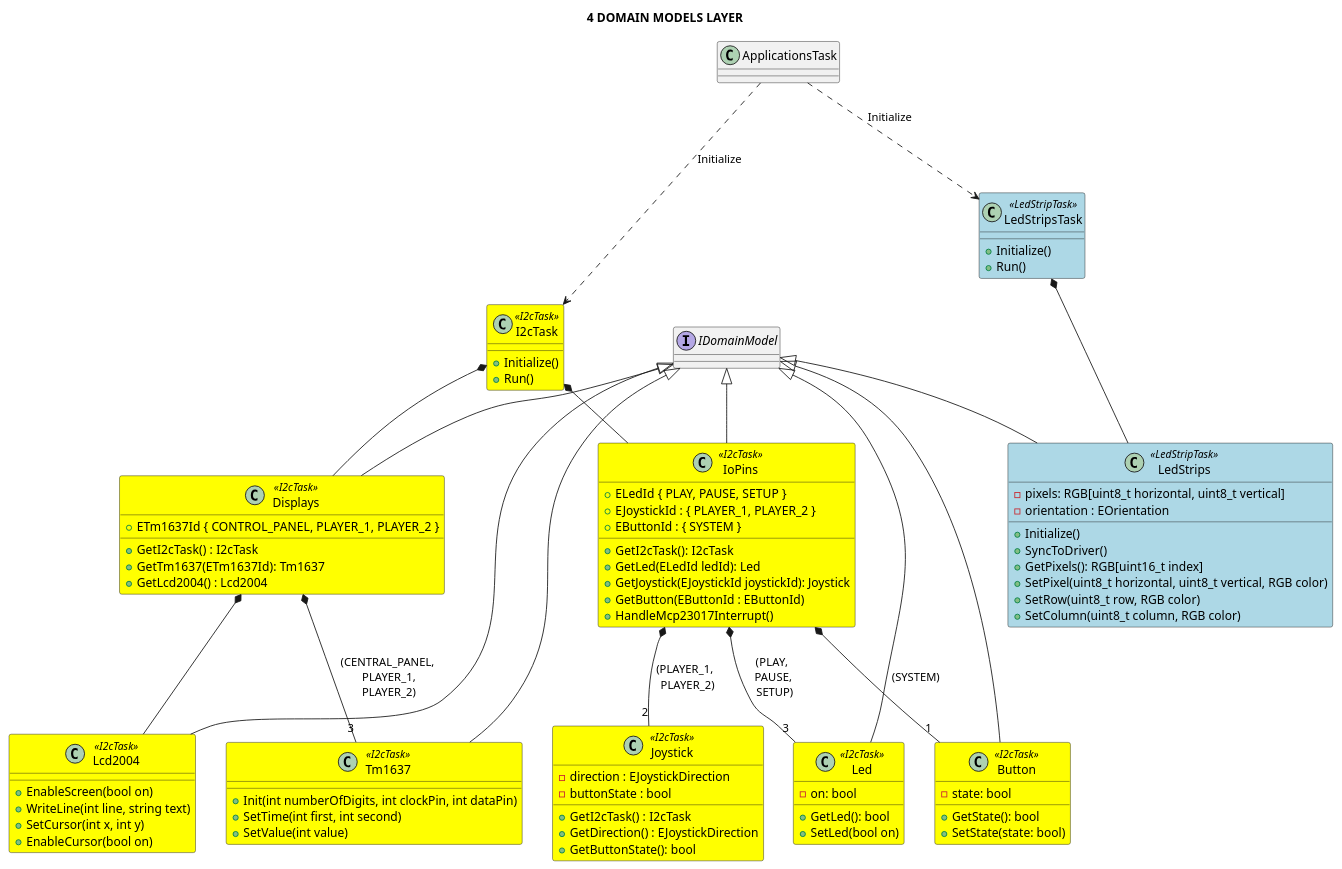
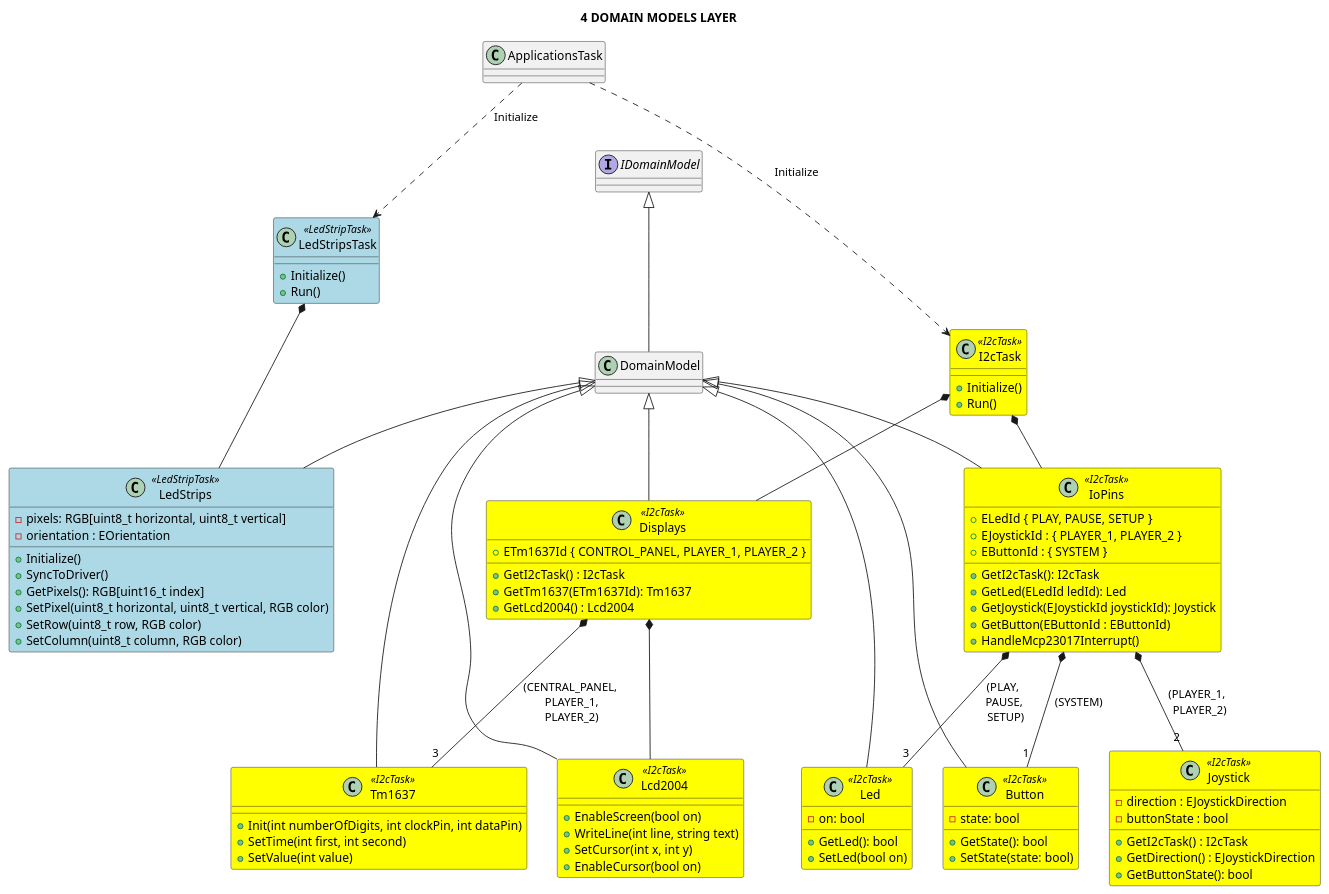
One commit to michelkeijzers/fraxis changed the diagram in Docs/Software Design/Layers/L4_domain_models_layer.puml. Above: the diagram before and after it, drawn with PlantUML. The commit also changed 15 other files, not shown here.

```diff
--- a/Docs/Software Design/Layers/L4_domain_models_layer.puml
+++ b/Docs/Software Design/Layers/L4_domain_models_layer.puml
@@ -1,121 +1,127 @@
 @startuml
 
 title 4 DOMAIN MODELS LAYER
 
 skinparam packageStyle rectangle
 skinparam lineThickness 2
 
 class I2cTask <<I2cTask>> #yellow
 {
     + Initialize()
     + Run()
 }
 
 I2cTask *-- IoPins
 ApplicationsTask ...> I2cTask : Initialize
 
 interface IDomainModel 
 {
 }
 
+class DomainModel 
+{
+}
+
+DomainModel -u-|> IDomainModel
+
 class IoPins <<I2cTask>> #yellow
 {
     + GetI2cTask(): I2cTask
     + ELedId { PLAY, PAUSE, SETUP }
     + EJoystickId : { PLAYER_1, PLAYER_2 }
     + EButtonId : { SYSTEM }
     + GetLed(ELedId ledId): Led
     + GetJoystick(EJoystickId joystickId): Joystick
     + GetButton(EButtonId : EButtonId)
     + HandleMcp23017Interrupt()
 }
 
-IoPins -u-|> IDomainModel
+IoPins -u-|> DomainModel
 
 class Joystick  <<I2cTask>> #yellow
 {
     - direction : EJoystickDirection
     - buttonState : bool
     + GetI2cTask() : I2cTask
     + GetDirection() : EJoystickDirection
     + GetButtonState(): bool
 }
 
 IoPins *-- "2" Joystick : (PLAYER_1, \n PLAYER_2)
 
 class Button <<I2cTask>> #yellow
 {
     - state: bool 
     + GetState(): bool 
     + SetState(state: bool) 
 }
 
-Button -u-|> IDomainModel
+Button -u-|> DomainModel
 IoPins *-- "1" Button : (SYSTEM)
 
 class Displays <<I2cTask>> #yellow
 {
     + GetI2cTask() : I2cTask
     + ETm1637Id { CONTROL_PANEL, PLAYER_1, PLAYER_2 }
     + GetTm1637(ETm1637Id): Tm1637
     + GetLcd2004() : Lcd2004
 }
 
-Displays -u-|> IDomainModel
+Displays -u-|> DomainModel
 I2cTask *-- Displays
 
 class Led <<I2cTask>> #yellow
 {
     - on: bool
     + GetLed(): bool
     + SetLed(bool on)
 }
 
-Led -u-|> IDomainModel
+Led -u-|> DomainModel
 IoPins *-- "3" Led : (PLAY, \n PAUSE, \n SETUP)
 
 class Lcd2004 <<I2cTask>> #yellow
 {
     + EnableScreen(bool on)
     + WriteLine(int line, string text)
     + SetCursor(int x, int y)
     + EnableCursor(bool on)
 }
 
-Lcd2004 -u-|> IDomainModel
+Lcd2004 -u-|> DomainModel
 Displays *-- Lcd2004
 
 class Tm1637 <<I2cTask>> #yellow
 {
     + Init(int numberOfDigits, int clockPin, int dataPin)
     + SetTime(int first, int second) 
     + SetValue(int value)
 }
 
-Tm1637 -u-|> IDomainModel
+Tm1637 -u-|> DomainModel
 Displays *-- "3" Tm1637 : (CENTRAL_PANEL,\n PLAYER_1,\n PLAYER_2)
 
 class LedStripsTask <<LedStripTask>> #lightblue
 {
     + Initialize()
     + Run()
 }
 
 ApplicationsTask ..> LedStripsTask : Initialize
 
 class LedStrips  <<LedStripTask>> #lightblue
 {
     - pixels: RGB[uint8_t horizontal, uint8_t vertical]
     - orientation : EOrientation
     + Initialize()
     + SyncToDriver()
     + GetPixels(): RGB[uint16_t index]
     + SetPixel(uint8_t horizontal, uint8_t vertical, RGB color)
     + SetRow(uint8_t row, RGB color)
     + SetColumn(uint8_t column, RGB color)
 }
 
-LedStrips -u-|> IDomainModel
+LedStrips -u-|> DomainModel
 LedStripsTask *- LedStrips
 
 @enduml
```
